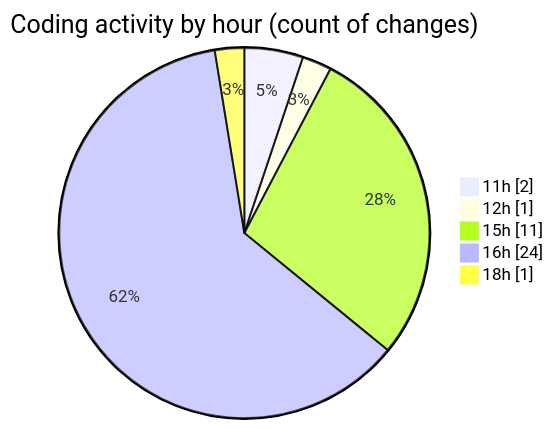
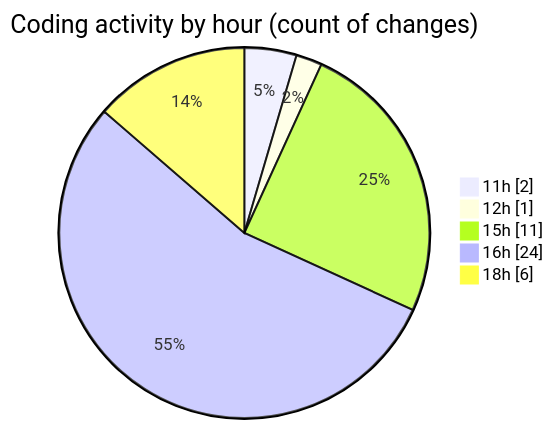
The second of 2 diagrams in 2025-06-16/nxtqube_webapp/README.md (nxtqubesakshisongat/code-tracking), drawn with Mermaid before and after one commit. The commit also changed other lines of this file and 1 other file, not shown here.

````diff
--- a/2025-06-16/nxtqube_webapp/README.md
+++ b/2025-06-16/nxtqube_webapp/README.md
@@ -30,9 +30,9 @@
 ```mermaid
 pie showData
 title Coding activity by hour (count of changes)
 "11h" : 2
 "12h" : 1
 "15h" : 11
 "16h" : 24
-"18h" : 1
+"18h" : 6
 ```
````
